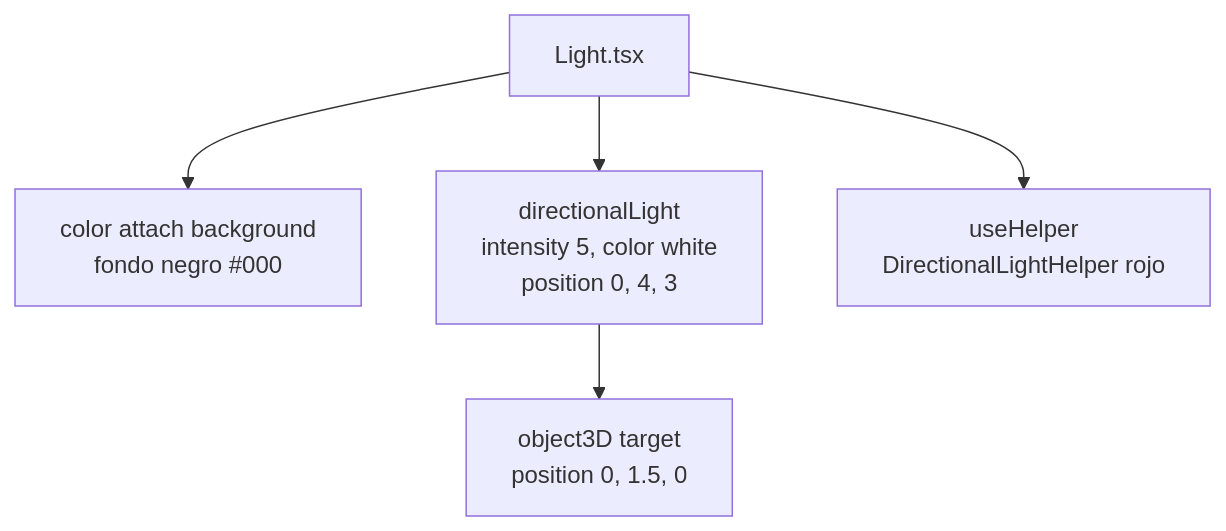
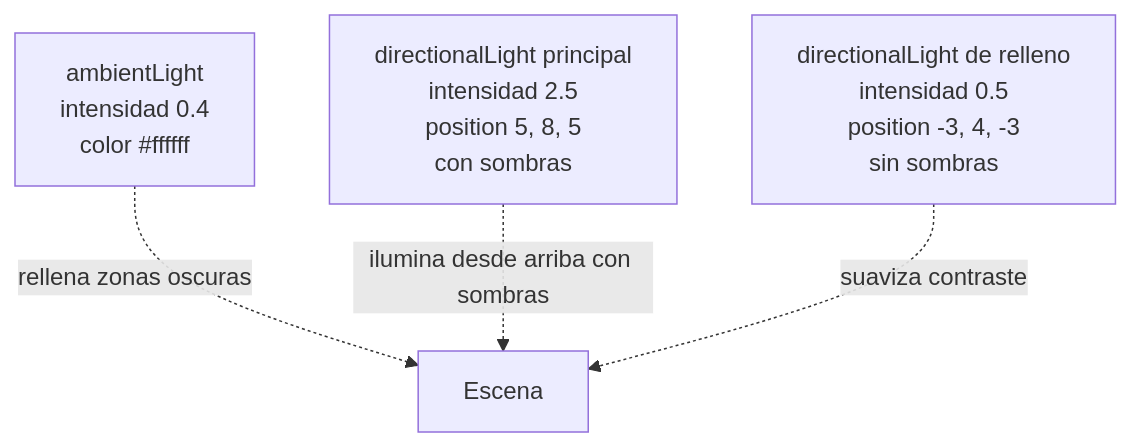
The first of 2 diagrams in docs/04-escena-3d/sistema-de-luces.md (Palcojulian/portafolio), drawn with Mermaid before and after one commit. The commit also changed other lines of this file and 7 other files, not shown here.

````diff
--- a/docs/04-escena-3d/sistema-de-luces.md
+++ b/docs/04-escena-3d/sistema-de-luces.md
@@ -39,7 +51,10 @@
 ```mermaid
 graph TB
-    Light[Light.tsx] --> BG[color attach background<br/>fondo negro #000]
-    Light --> Dir[directionalLight<br/>intensity 5, color white<br/>position 0, 4, 3]
-    Dir --> Target[object3D target<br/>position 0, 1.5, 0]
-    Light --> Helper[useHelper<br/>DirectionalLightHelper rojo]
+    A[ambientLight<br/>intensidad 0.4<br/>color #ffffff]
+    D1[directionalLight principal<br/>intensidad 2.5<br/>position 5, 8, 5<br/>con sombras]
+    D2[directionalLight de relleno<br/>intensidad 0.5<br/>position -3, 4, -3<br/>sin sombras]
+
+    A -.rellena zonas oscuras.-> Escena
+    D1 -.ilumina desde arriba con sombras.-> Escena
+    D2 -.suaviza contraste.-> Escena
 ```
````
